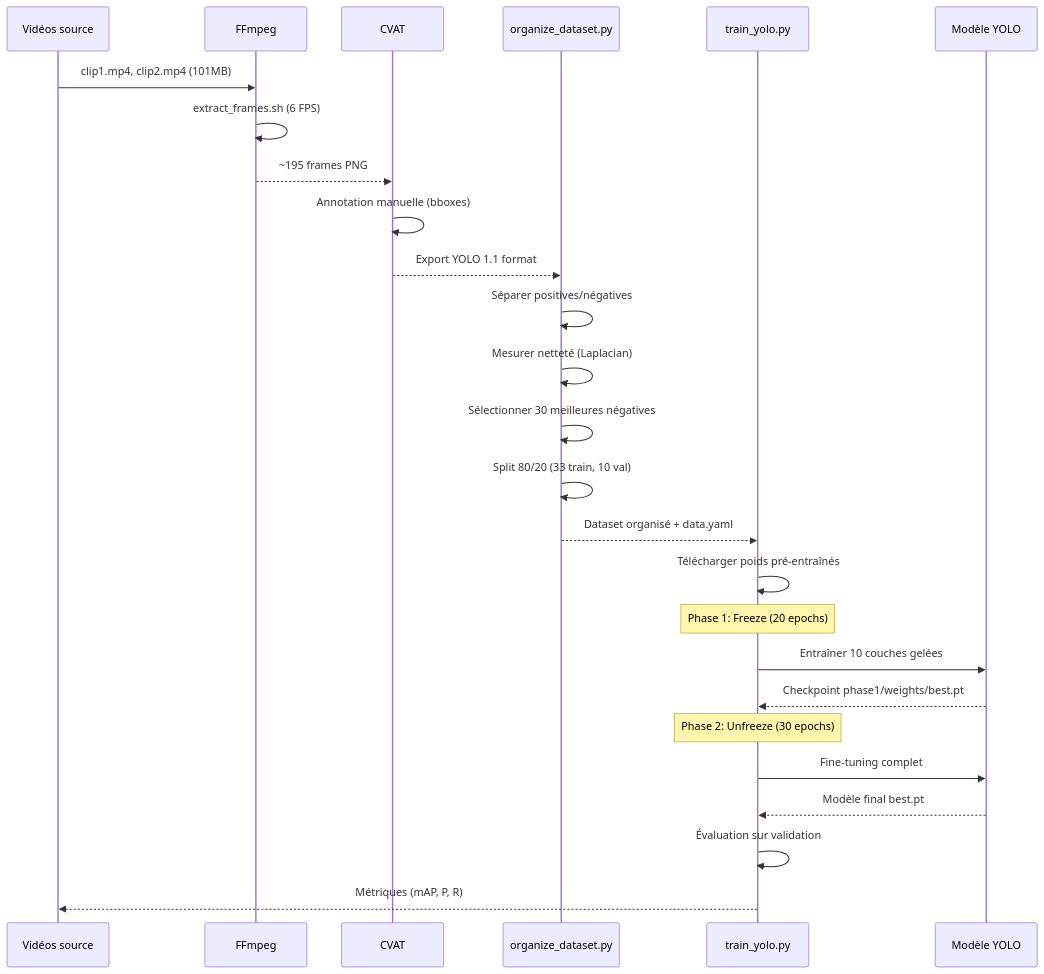
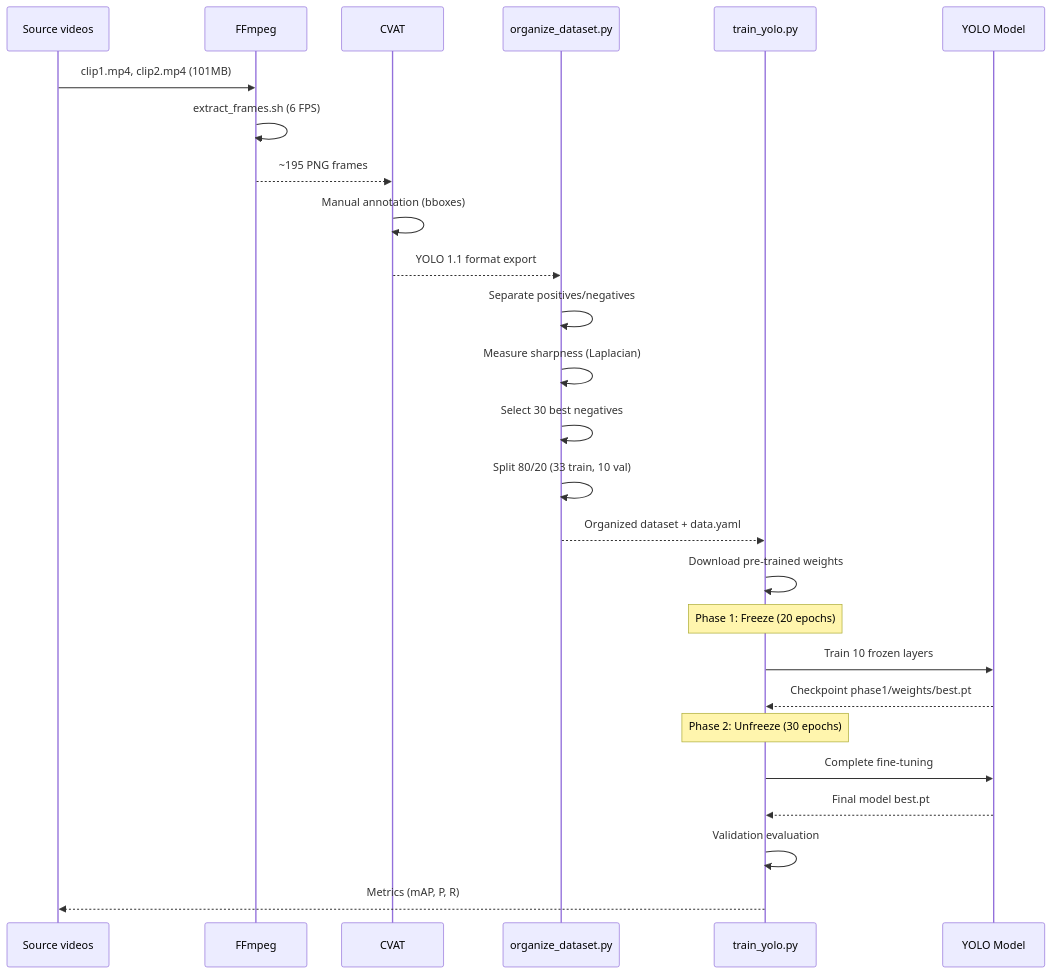
Before and after one commit to brayedna/alpr-fine-tuned-FR-yolov8: the second of 5 diagrams in README.md, drawn with Mermaid. The commit also changed other lines of this file, not shown here.

````diff
--- a/README.md
+++ b/README.md
@@ -391,33 +391,33 @@
 ```mermaid
 sequenceDiagram
-    participant V as Vidéos source
+    participant V as Source videos
     participant F as FFmpeg
     participant C as CVAT
     participant O as organize_dataset.py
     participant T as train_yolo.py
-    participant M as Modèle YOLO
+    participant M as YOLO Model
 
     V->>F: clip1.mp4, clip2.mp4 (101MB)
     F->>F: extract_frames.sh (6 FPS)
-    F-->>C: ~195 frames PNG
-    C->>C: Annotation manuelle (bboxes)
-    C-->>O: Export YOLO 1.1 format
+    F-->>C: ~195 PNG frames
+    C->>C: Manual annotation (bboxes)
+    C-->>O: YOLO 1.1 format export
 
-    O->>O: Séparer positives/négatives
-    O->>O: Mesurer netteté (Laplacian)
-    O->>O: Sélectionner 30 meilleures négatives
+    O->>O: Separate positives/negatives
+    O->>O: Measure sharpness (Laplacian)
+    O->>O: Select 30 best negatives
     O->>O: Split 80/20 (33 train, 10 val)
-    O-->>T: Dataset organisé + data.yaml
+    O-->>T: Organized dataset + data.yaml
 
-    T->>T: Télécharger poids pré-entraînés
+    T->>T: Download pre-trained weights
     Note over T: Phase 1: Freeze (20 epochs)
-    T->>M: Entraîner 10 couches gelées
+    T->>M: Train 10 frozen layers
     M-->>T: Checkpoint phase1/weights/best.pt
 
     Note over T: Phase 2: Unfreeze (30 epochs)
-    T->>M: Fine-tuning complet
-    M-->>T: Modèle final best.pt
+    T->>M: Complete fine-tuning
+    M-->>T: Final model best.pt
 
-    T->>T: Évaluation sur validation
-    T-->>V: Métriques (mAP, P, R)
+    T->>T: Validation evaluation
+    T-->>V: Metrics (mAP, P, R)
 ```
````
